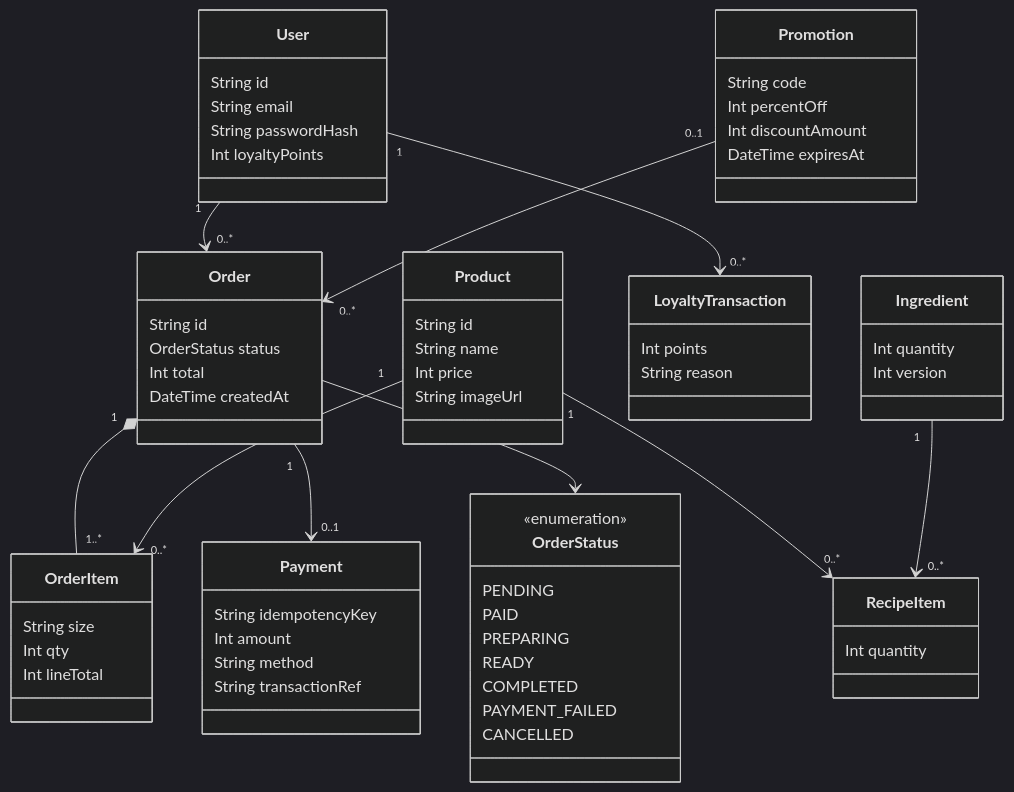
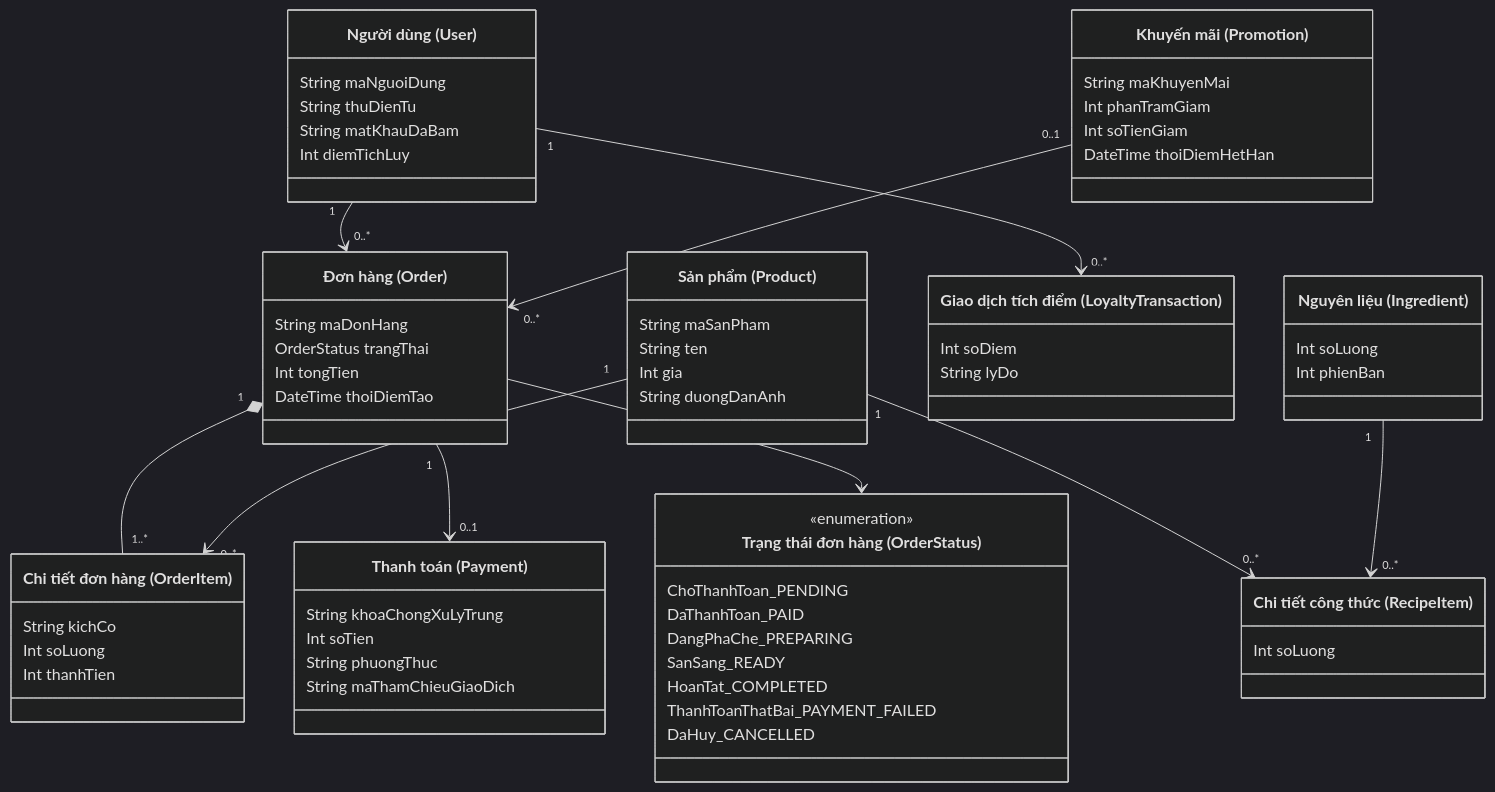
Before and after one commit to chuong4482/2_Assignment: the diagram in docs/diagrams/domain.mmd, drawn with Mermaid (dark theme). The commit also changed 107 other files, not shown here.

```diff
--- a/docs/diagrams/domain.mmd
+++ b/docs/diagrams/domain.mmd
@@ -1,66 +1,66 @@
 classDiagram
- class User {
- String id
- String email
- String passwordHash
- Int loyaltyPoints
+ class User["Người dùng (User)"] {
+ String maNguoiDung
+ String thuDienTu
+ String matKhauDaBam
+ Int diemTichLuy
  }
- class Product {
- String id
- String name
- Int price
- String imageUrl
+ class Product["Sản phẩm (Product)"] {
+ String maSanPham
+ String ten
+ Int gia
+ String duongDanAnh
  }
- class Order {
- String id
- OrderStatus status
- Int total
- DateTime createdAt
+ class Order["Đơn hàng (Order)"] {
+ String maDonHang
+ OrderStatus trangThai
+ Int tongTien
+ DateTime thoiDiemTao
  }
- class OrderItem {
- String size
- Int qty
- Int lineTotal
+ class OrderItem["Chi tiết đơn hàng (OrderItem)"] {
+ String kichCo
+ Int soLuong
+ Int thanhTien
  }
- class Payment {
- String idempotencyKey
- Int amount
- String method
- String transactionRef
+ class Payment["Thanh toán (Payment)"] {
+ String khoaChongXuLyTrung
+ Int soTien
+ String phuongThuc
+ String maThamChieuGiaoDich
  }
- class Promotion {
- String code
- Int percentOff
- Int discountAmount
- DateTime expiresAt
+ class Promotion["Khuyến mãi (Promotion)"] {
+ String maKhuyenMai
+ Int phanTramGiam
+ Int soTienGiam
+ DateTime thoiDiemHetHan
  }
- class LoyaltyTransaction {
- Int points
- String reason
+ class LoyaltyTransaction["Giao dịch tích điểm (LoyaltyTransaction)"] {
+ Int soDiem
+ String lyDo
  }
- class Ingredient {
- Int quantity
- Int version
+ class Ingredient["Nguyên liệu (Ingredient)"] {
+ Int soLuong
+ Int phienBan
  }
- class RecipeItem {
- Int quantity
+ class RecipeItem["Chi tiết công thức (RecipeItem)"] {
+ Int soLuong
  }
- class OrderStatus {
+ class OrderStatus["Trạng thái đơn hàng (OrderStatus)"] {
  <<enumeration>>
- PENDING
- PAID
- PREPARING
- READY
- COMPLETED
- PAYMENT_FAILED
- CANCELLED
+ ChoThanhToan_PENDING
+ DaThanhToan_PAID
+ DangPhaChe_PREPARING
+ SanSang_READY
+ HoanTat_COMPLETED
+ ThanhToanThatBai_PAYMENT_FAILED
+ DaHuy_CANCELLED
  }
  User "1" --> "0..*" Order
  Order "1" *-- "1..*" OrderItem
  Product "1" --> "0..*" OrderItem
  Order "1" --> "0..1" Payment
  Promotion "0..1" --> "0..*" Order
  User "1" --> "0..*" LoyaltyTransaction
  Product "1" --> "0..*" RecipeItem
  Ingredient "1" --> "0..*" RecipeItem
  Order --> OrderStatus
```
